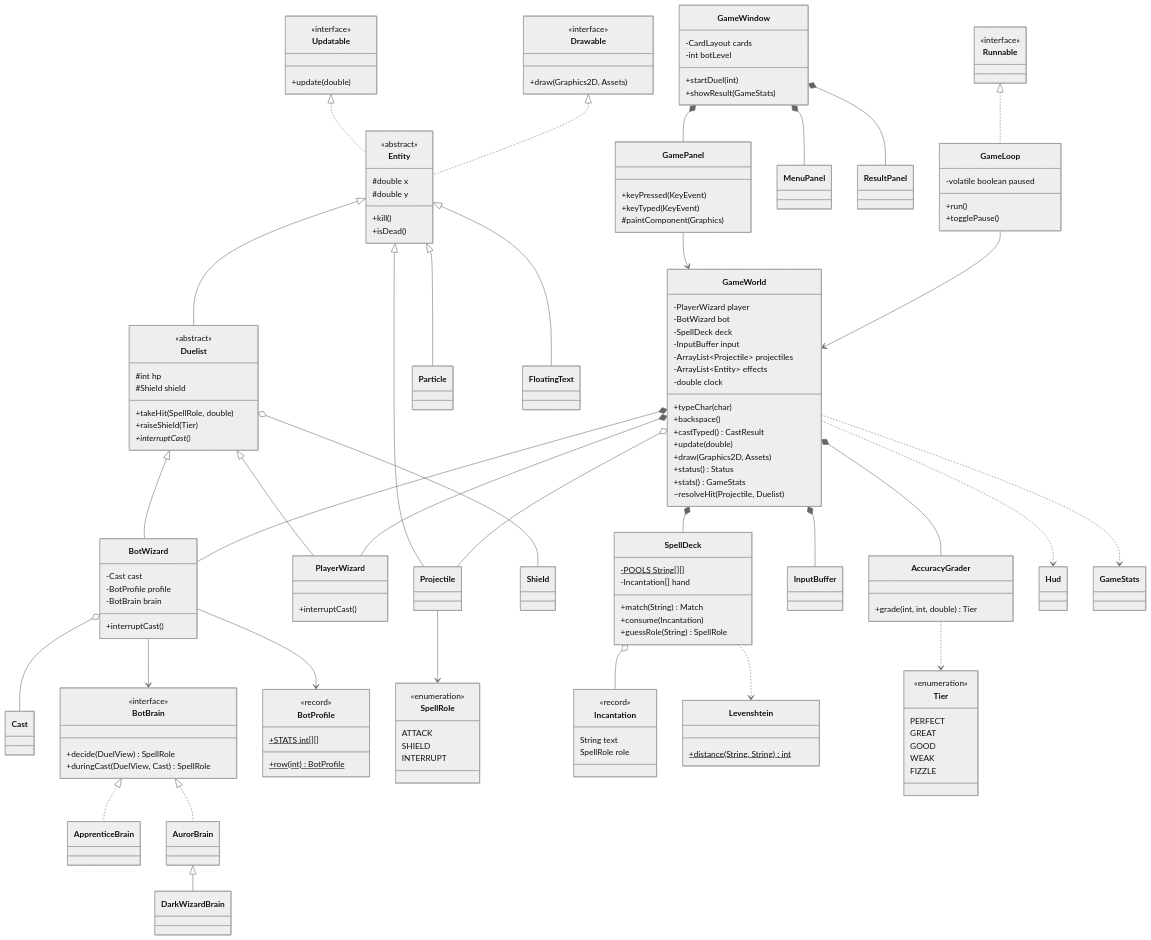
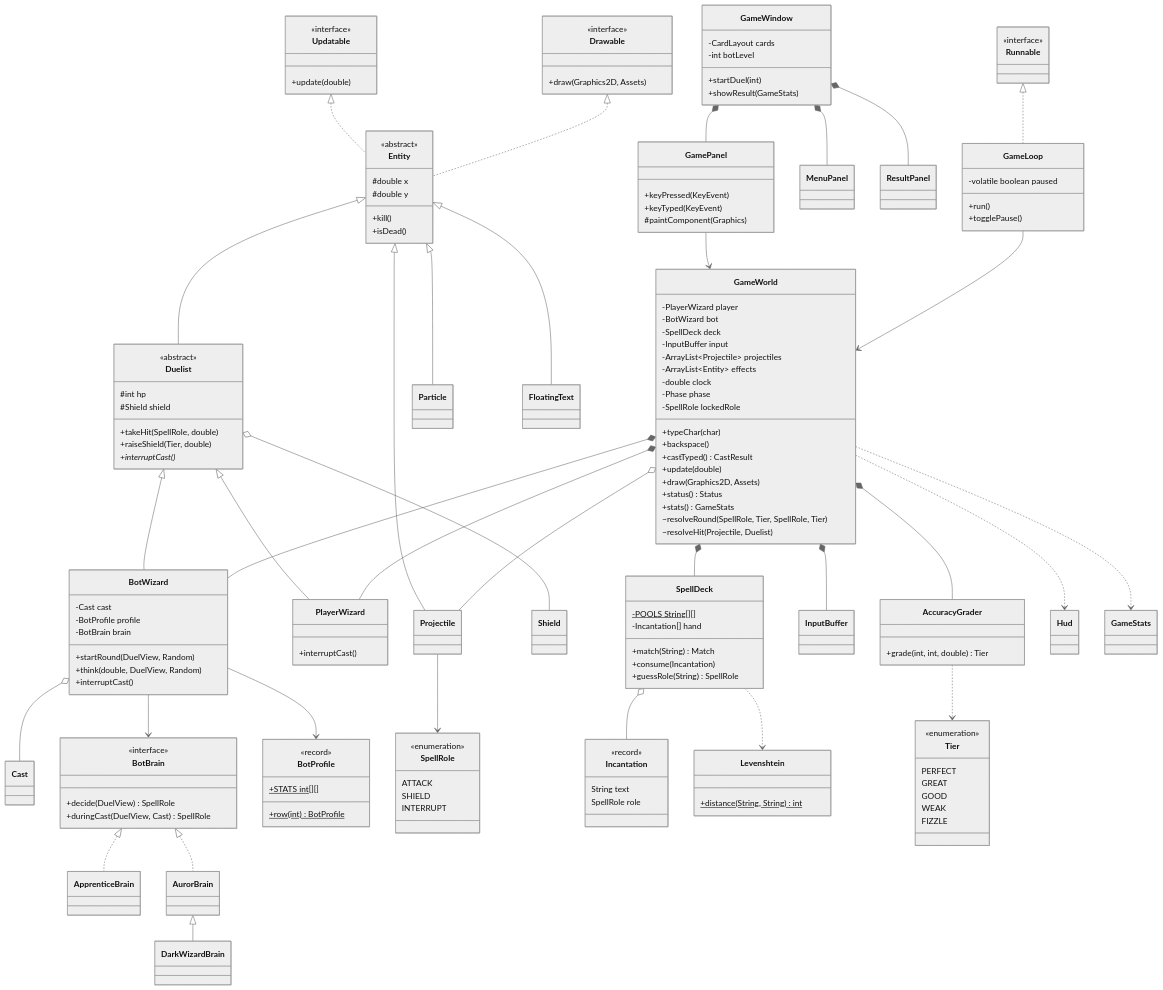
Before and after one commit to naithammarak/spell-duel: the diagram in DESIGN.md, drawn with Mermaid (neutral theme). The commit also changed other lines of this file and 19 other files, not shown here.

```diff
--- a/DESIGN.md
+++ b/DESIGN.md
@@ -164,6 +177,8 @@
         -ArrayList~Projectile~ projectiles
         -ArrayList~Entity~ effects
         -double clock
+        -Phase phase
+        -SpellRole lockedRole
         +typeChar(char)
         +backspace()
         +castTyped() CastResult
@@ -171,6 +186,7 @@
         +draw(Graphics2D, Assets)
         +status() Status
         +stats() GameStats
+        ~resolveRound(SpellRole, Tier, SpellRole, Tier)
         ~resolveHit(Projectile, Duelist)
     }
     class Updatable {
@@ -200,7 +216,7 @@
         #int hp
         #Shield shield
         +takeHit(SpellRole, double)
-        +raiseShield(Tier)
+        +raiseShield(Tier, double)
         +interruptCast()*
     }
     Duelist <|-- PlayerWizard
@@ -212,6 +228,8 @@
         -Cast cast
         -BotProfile profile
         -BotBrain brain
+        +startRound(DuelView, Random)
+        +think(double, DuelView, Random)
         +interruptCast()
     }
     Duelist o-- Shield
```
